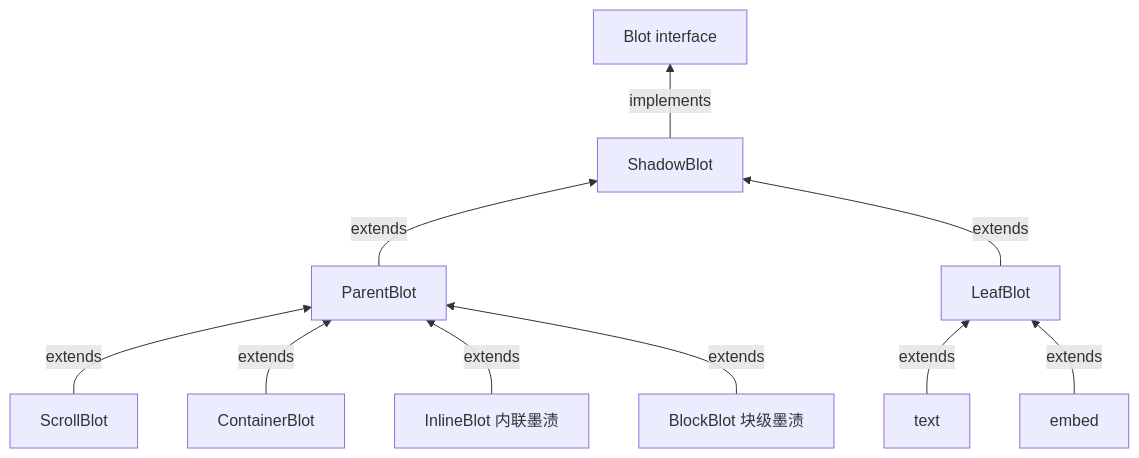
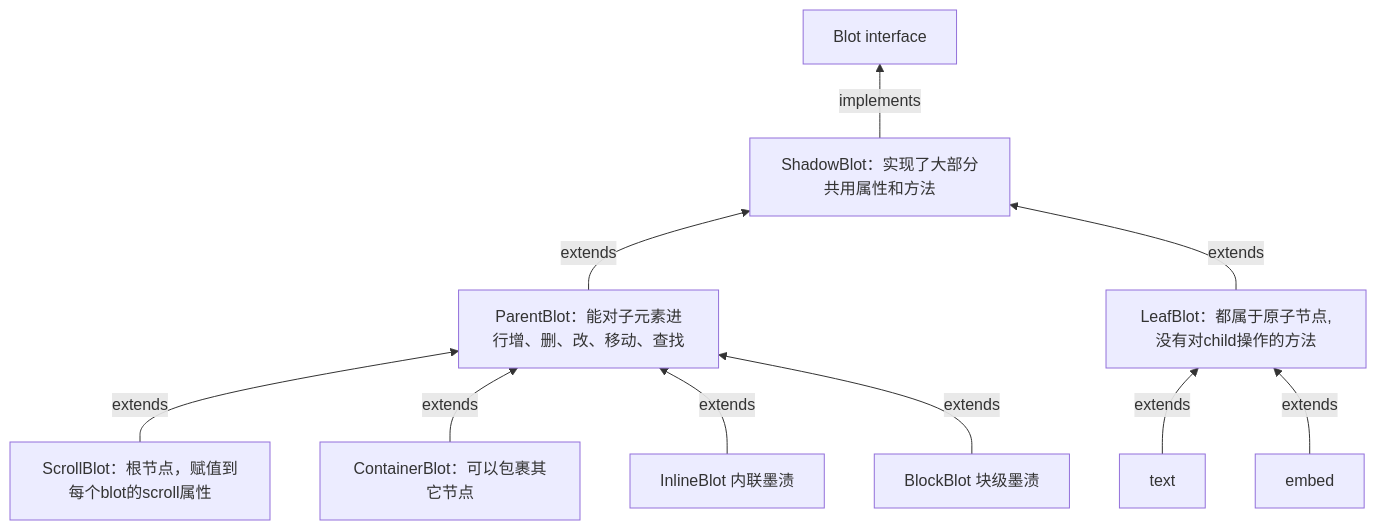
One commit to yelikang/ylk-quill-parchment changed the first of 3 diagrams in CR.md. Above: the diagram before and after it, drawn with Mermaid. The commit also changed other lines of this file and 2 other files, not shown here.

Commit message:
源码调试

````diff
--- a/CR.md
+++ b/CR.md
@@ -2,15 +2,15 @@
 ```mermaid
 graph BT
     T[Blot interface]
-    A[ShadowBlot] -->|implements| T
-     B[ParentBlot] -->|extends| A
-     C1[ScrollBlot] -->|extends| B
-     C2[ContainerBlot] -->|extends| B
+    A[ShadowBlot：实现了大部分共用属性和方法] -->|implements| T
+     B[ParentBlot：能对子元素进行增、删、改、移动、查找] -->|extends| A
+     C1[ScrollBlot：根节点，赋值到每个blot的scroll属性] -->|extends| B
+     C2[ContainerBlot：可以包裹其它节点] -->|extends| B
      C3[InlineBlot 内联墨渍] -->|extends| B
      C4[BlockBlot 块级墨渍] -->|extends| B
 
-     D[LeafBlot] -->|extends| A
+     D[LeafBlot：都属于原子节点,没有对child操作的方法] -->|extends| A
      E1[text] -->|extends| D
      E2[embed] -->|extends| D
    
 ```
````
